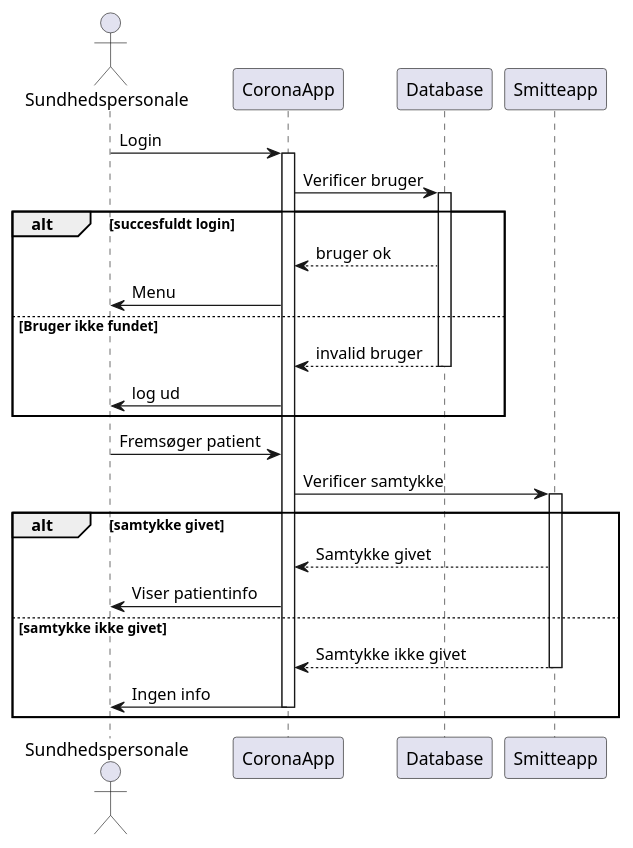
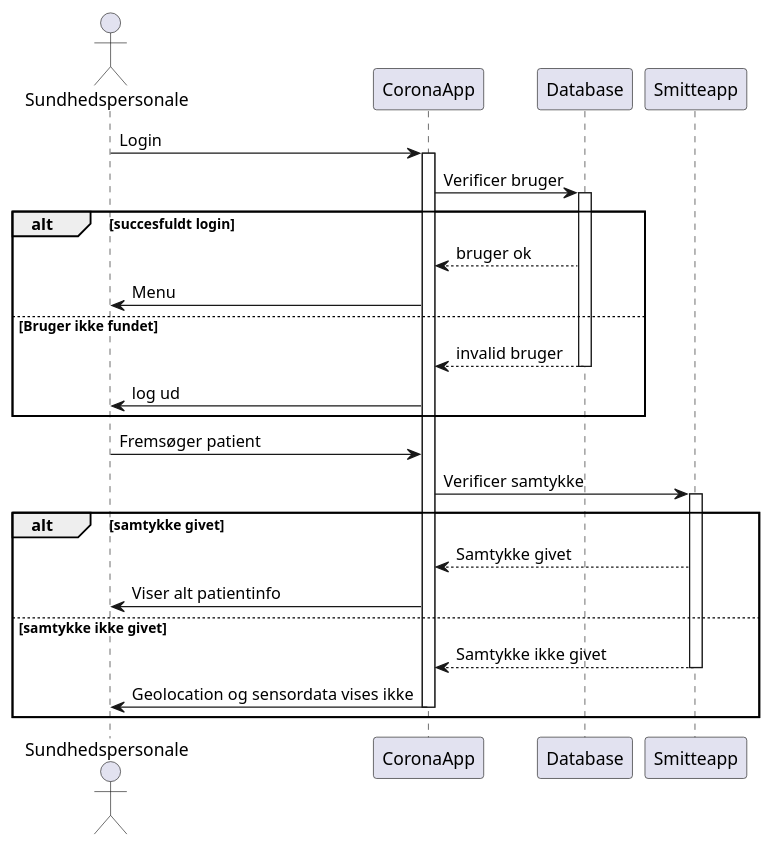
Before and after one commit to FelixOsmark/Til_Leif: the diagram in sequence1.puml, drawn with PlantUML.

```diff
--- a/sequence1.puml
+++ b/sequence1.puml
@@ -1,41 +1,41 @@
 @startuml
 'https://plantuml.com/sequence-diagram
 
 actor Sundhedspersonale
 
 Sundhedspersonale -> CoronaApp: Login
 activate CoronaApp
 
 CoronaApp -> Database: Verificer bruger
 activate Database
 
 alt succesfuldt login
     Database --> CoronaApp: bruger ok
 
     CoronaApp -> Sundhedspersonale: Menu
 else Bruger ikke fundet
     Database --> CoronaApp: invalid bruger
 deactivate Database
 
     CoronaApp -> Sundhedspersonale: log ud
 end
 
 Sundhedspersonale -> CoronaApp: Fremsøger patient
 
 CoronaApp -> Smitteapp: Verificer samtykke
 activate Smitteapp
 
 alt samtykke givet
     Smitteapp --> CoronaApp: Samtykke givet
 
-    CoronaApp -> Sundhedspersonale: Viser patientinfo
+    CoronaApp -> Sundhedspersonale: Viser alt patientinfo
 else samtykke ikke givet
     Smitteapp --> CoronaApp: Samtykke ikke givet
 deactivate Smitteapp
 
-    CoronaApp -> Sundhedspersonale: Ingen info
+    CoronaApp -> Sundhedspersonale: Geolocation og sensordata vises ikke
 deactivate CoronaApp
 end
 
 
 @enduml
```
